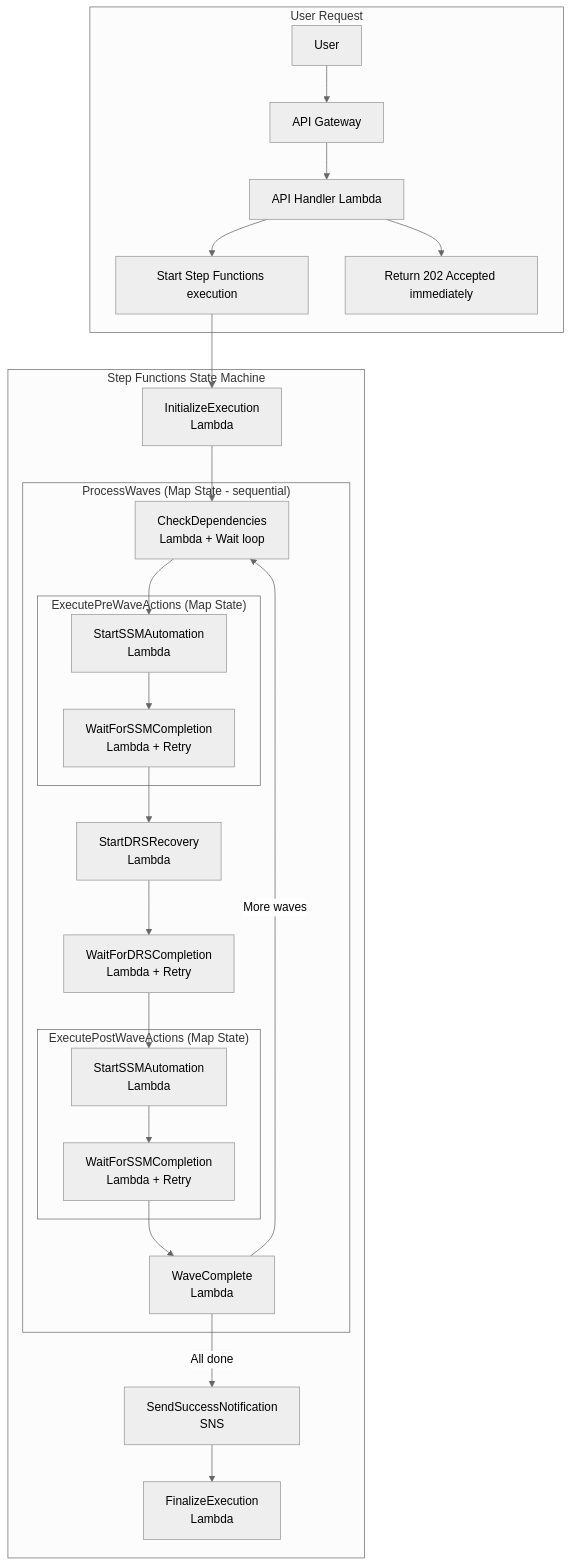
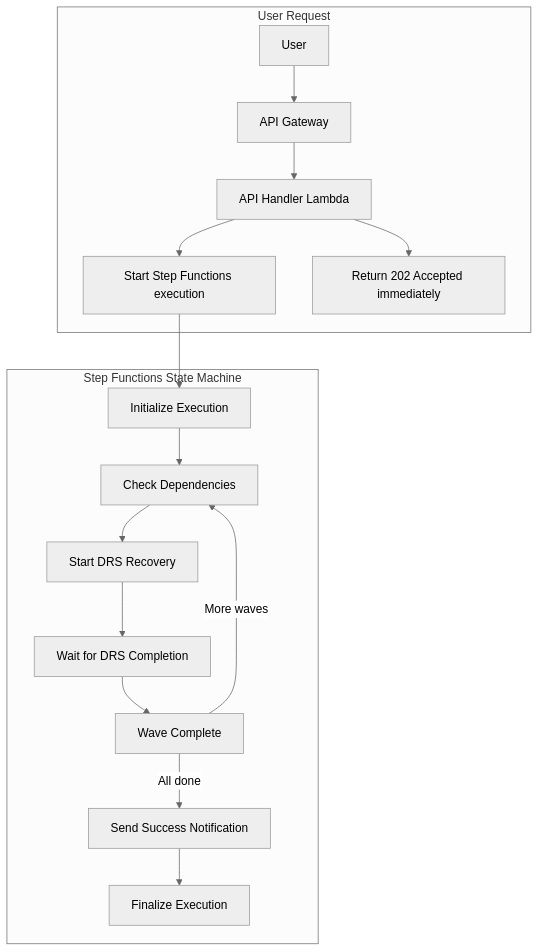
One commit to johnjcousens/aws-elasticdrs-orchestrator changed the second of 2 diagrams in docs/architecture/STEP_FUNCTIONS_ANALYSIS.md. Above: the diagram before and after it, drawn with Mermaid (neutral theme). The commit also changed other lines of this file and 12 other files, not shown here.

````diff
--- a/docs/architecture/STEP_FUNCTIONS_ANALYSIS.md
+++ b/docs/architecture/STEP_FUNCTIONS_ANALYSIS.md
@@ -93,48 +63,28 @@
 ```mermaid
 flowchart TD
     subgraph UserRequest["User Request"]
         User[User] --> APIGW[API Gateway]
         APIGW --> APIHandler[API Handler Lambda]
         APIHandler --> StartSF[Start Step Functions execution]
         APIHandler --> Return[Return 202 Accepted immediately]
     end
     
     subgraph StateMachine["Step Functions State Machine"]
-        Init[InitializeExecution<br/>Lambda]
-        
-        subgraph ProcessWaves["ProcessWaves (Map State - sequential)"]
-            CheckDeps[CheckDependencies<br/>Lambda + Wait loop]
-            
-            subgraph PreWave["ExecutePreWaveActions (Map State)"]
-                PreSSM[StartSSMAutomation<br/>Lambda]
-                PreWait[WaitForSSMCompletion<br/>Lambda + Retry]
-            end
-            
-            StartDRS[StartDRSRecovery<br/>Lambda]
-            WaitDRS[WaitForDRSCompletion<br/>Lambda + Retry]
-            
-            subgraph PostWave["ExecutePostWaveActions (Map State)"]
-                PostSSM[StartSSMAutomation<br/>Lambda]
-                PostWait[WaitForSSMCompletion<br/>Lambda + Retry]
-            end
-            
-            WaveComplete[WaveComplete<br/>Lambda]
-        end
-        
-        SendNotif[SendSuccessNotification<br/>SNS]
-        Finalize[FinalizeExecution<br/>Lambda]
+        Init[Initialize Execution]
+        CheckDeps[Check Dependencies]
+        StartDRS[Start DRS Recovery]
+        WaitDRS[Wait for DRS Completion]
+        WaveComplete[Wave Complete]
+        SendNotif[Send Success Notification]
+        Finalize[Finalize Execution]
     end
     
     StartSF --> Init
     Init --> CheckDeps
-    CheckDeps --> PreSSM
-    PreSSM --> PreWait
-    PreWait --> StartDRS
+    CheckDeps --> StartDRS
     StartDRS --> WaitDRS
-    WaitDRS --> PostSSM
-    PostSSM --> PostWait
-    PostWait --> WaveComplete
+    WaitDRS --> WaveComplete
     WaveComplete -->|More waves| CheckDeps
     WaveComplete -->|All done| SendNotif
     SendNotif --> Finalize
 ```
````
